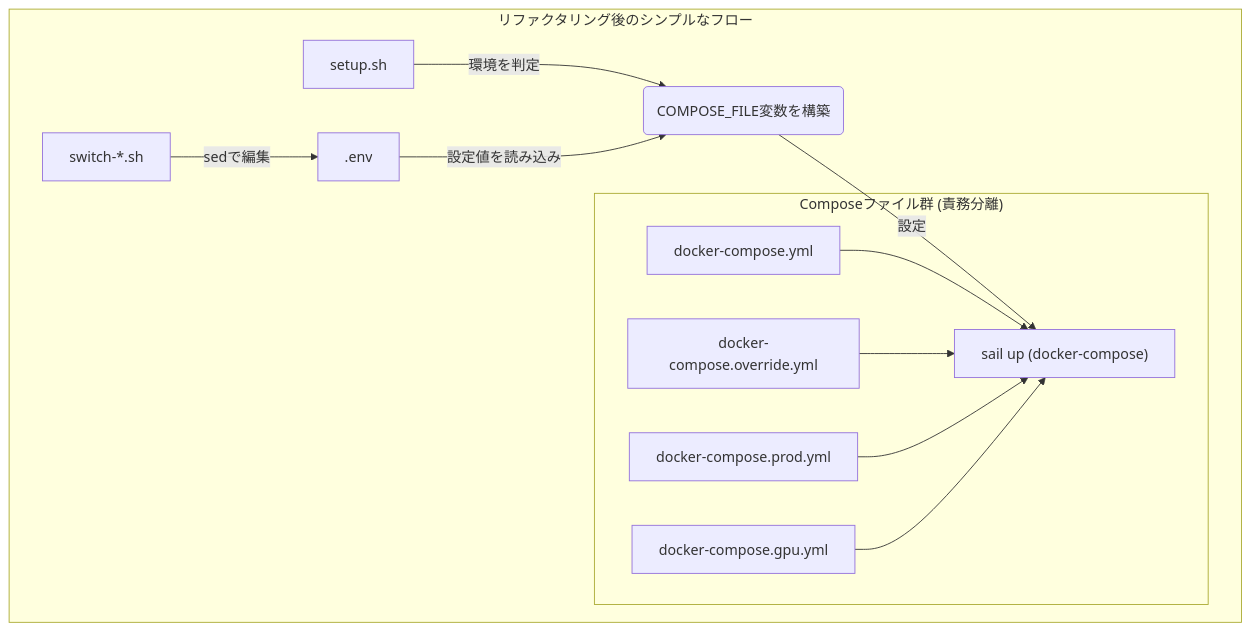
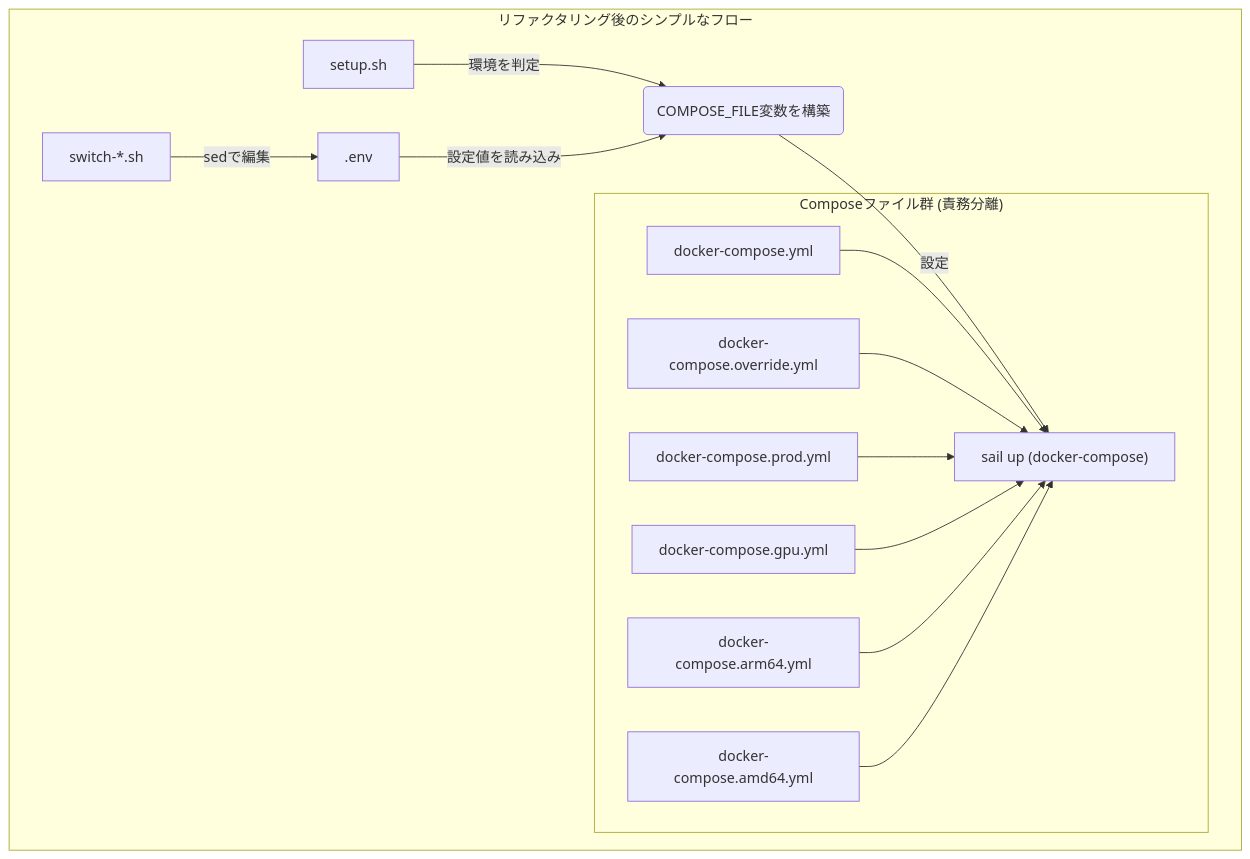
The second of 2 diagrams in docs/work/environment/2025-11-02_docker-compose-refactoring-plan.md (torinky/LedgerLeap-oss), drawn with Mermaid before and after one commit. The commit also changed other lines of this file, not shown here.

First line of the commit message:
chore: restructure Docker Compose refactoring plan document

````diff
--- a/docs/work/environment/2025-11-02_docker-compose-refactoring-plan.md
+++ b/docs/work/environment/2025-11-02_docker-compose-refactoring-plan.md
@@ -103,17 +142,19 @@
 ```mermaid
 graph TD
     subgraph "リファクタリング後のシンプルなフロー"
         A[setup.sh] -- "環境を判定" --> B(COMPOSE_FILE変数を構築);
         C[.env] -- "設定値を読み込み" --> B;
         B -- "設定" --> D["sail up (docker-compose)"];
         
         subgraph "Composeファイル群 (責務分離)"
             E[docker-compose.yml] --> D;
             F[docker-compose.override.yml] --> D;
             G[docker-compose.prod.yml] --> D;
             H[docker-compose.gpu.yml] --> D;
+            I[docker-compose.arm64.yml] --> D;
+            J[docker-compose.amd64.yml] --> D;
         end
 
-        I[switch-*.sh] -- "sedで編集" --> C;
+        K[switch-*.sh] -- "sedで編集" --> C;
     end
 ```
````
